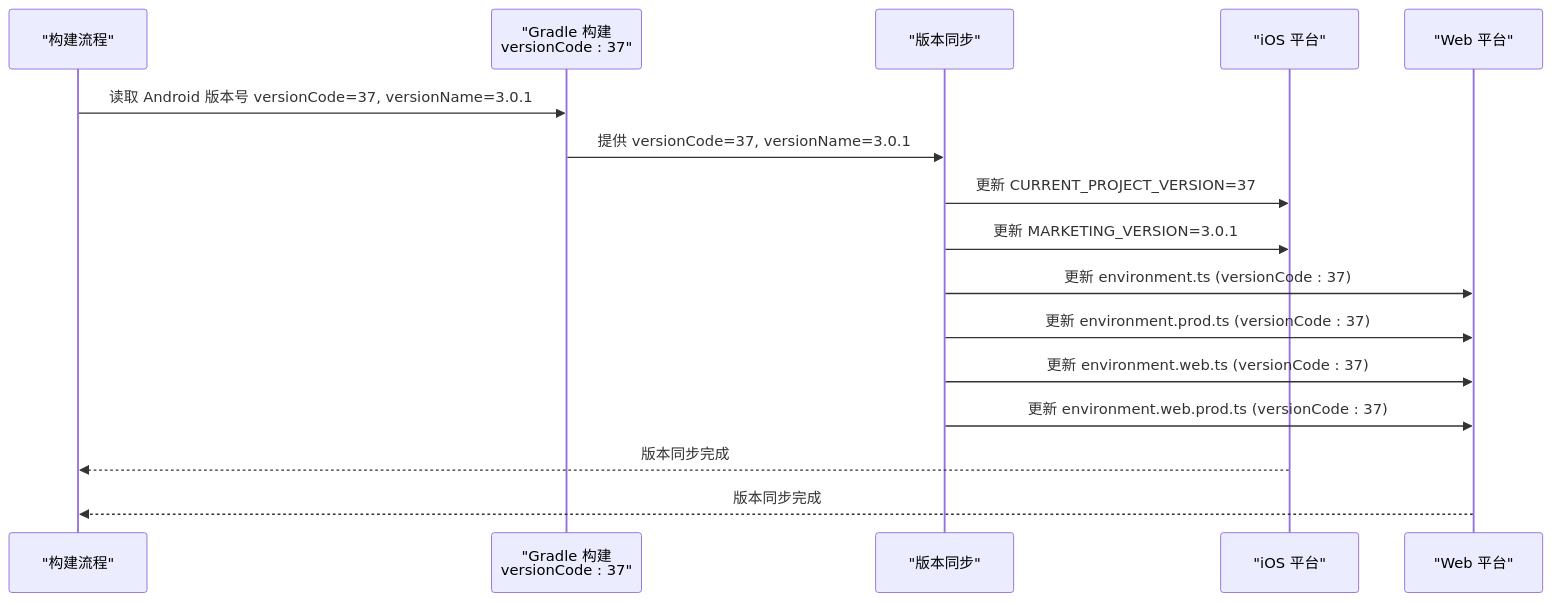
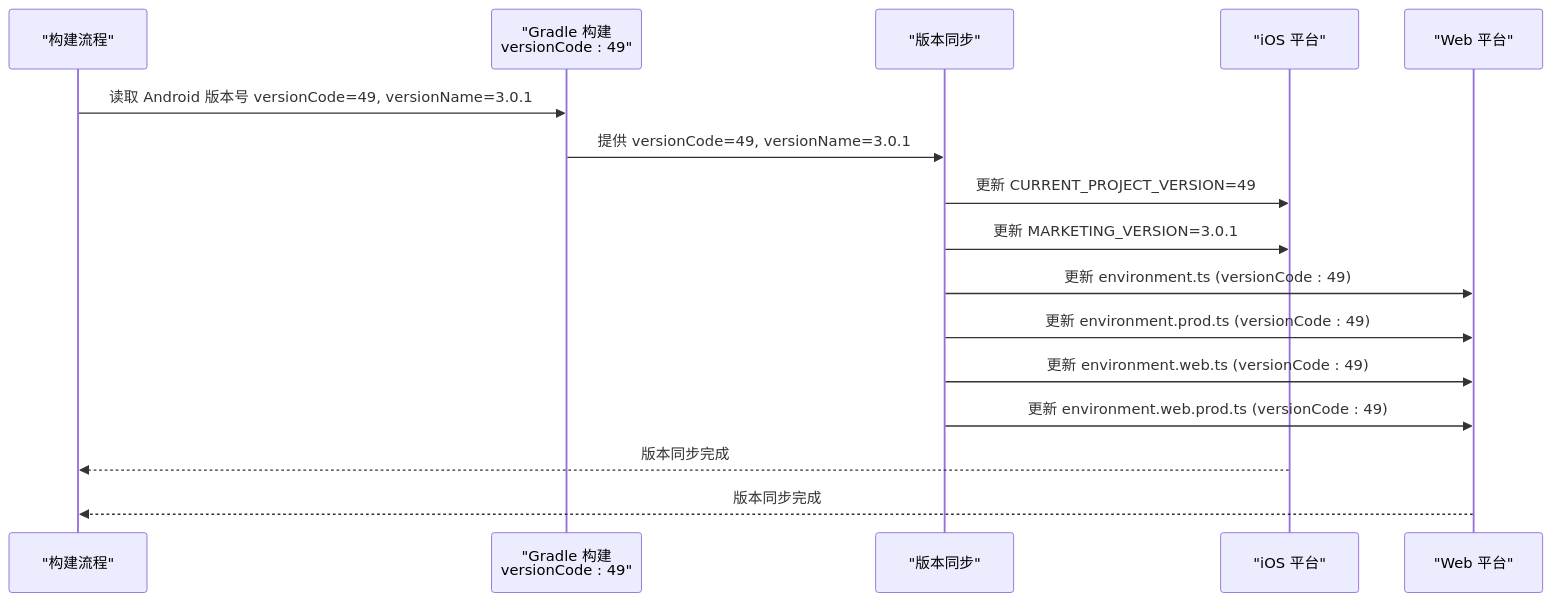
One commit to tea4go/Macro-Deck-Client-App changed the fifth of 6 diagrams in .qoder/repowiki/zh/content/构建与部署/构建配置.md. Above: the diagram before and after it, drawn with Mermaid. The commit also changed other lines of this file and 45 other files, not shown here.

````diff
--- a/.qoder/repowiki/zh/content/构建与部署/构建配置.md
+++ b/.qoder/repowiki/zh/content/构建与部署/构建配置.md
@@ -907,18 +919,18 @@
 ```mermaid
 sequenceDiagram
 participant Build as "构建流程"
-participant Gradle as "Gradle 构建<br/>versionCode : 37"
+participant Gradle as "Gradle 构建<br/>versionCode : 49"
 participant Sync as "版本同步"
 participant iOS as "iOS 平台"
 participant Web as "Web 平台"
-Build->>Gradle : 读取 Android 版本号 versionCode=37, versionName=3.0.1
-Gradle->>Sync : 提供 versionCode=37, versionName=3.0.1
-Sync->>iOS : 更新 CURRENT_PROJECT_VERSION=37
+Build->>Gradle : 读取 Android 版本号 versionCode=49, versionName=3.0.1
+Gradle->>Sync : 提供 versionCode=49, versionName=3.0.1
+Sync->>iOS : 更新 CURRENT_PROJECT_VERSION=49
 Sync->>iOS : 更新 MARKETING_VERSION=3.0.1
-Sync->>Web : 更新 environment.ts (versionCode : 37)
-Sync->>Web : 更新 environment.prod.ts (versionCode : 37)
-Sync->>Web : 更新 environment.web.ts (versionCode : 37)
-Sync->>Web : 更新 environment.web.prod.ts (versionCode : 37)
+Sync->>Web : 更新 environment.ts (versionCode : 49)
+Sync->>Web : 更新 environment.prod.ts (versionCode : 49)
+Sync->>Web : 更新 environment.web.ts (versionCode : 49)
+Sync->>Web : 更新 environment.web.prod.ts (versionCode : 49)
 iOS-->>Build : 版本同步完成
 Web-->>Build : 版本同步完成
 ```
````
